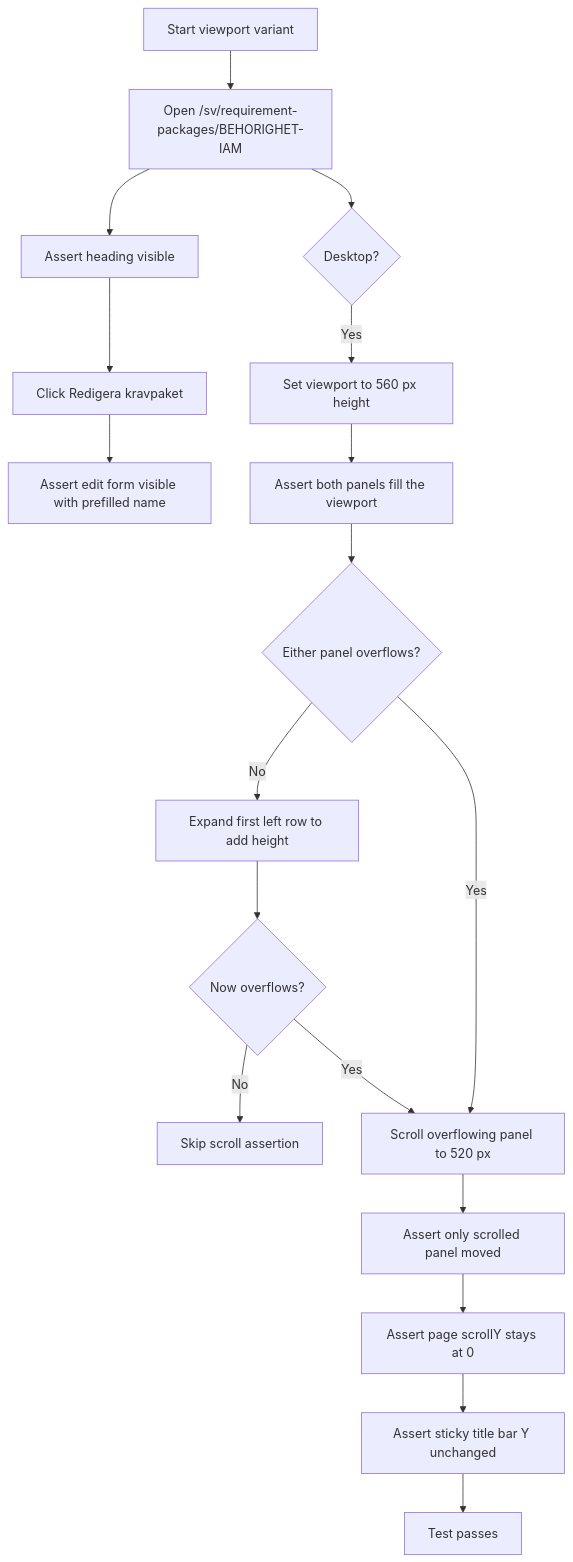
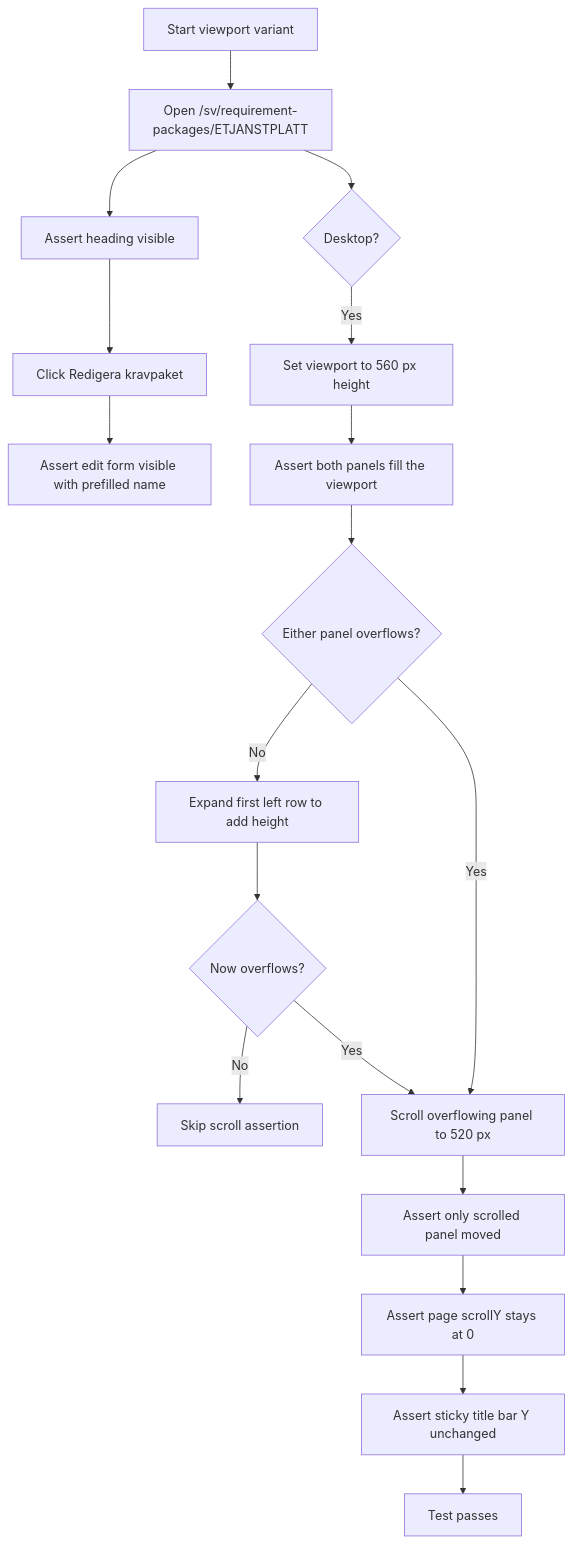
The first of 4 diagrams in tests/integration/requirement-package-detail.md (viscalyx/Kravhantering), drawn with Mermaid before and after one commit. The commit also changed other lines of this file and 20 other files, not shown here.

````diff
--- a/tests/integration/requirement-package-detail.md
+++ b/tests/integration/requirement-package-detail.md
@@ -26,20 +26,20 @@
 ```mermaid
 flowchart TD
-    A[Start viewport variant] --> B[Open /sv/requirement-packages/BEHORIGHET-IAM]
+    A[Start viewport variant] --> B[Open /sv/requirement-packages/ETJANSTPLATT]
     B --> C[Assert heading visible]
     C --> D[Click Redigera kravpaket]
     D --> E[Assert edit form visible with prefilled name]
     B --> F{Desktop?}
     F -- Yes --> G[Set viewport to 560 px height]
     G --> H[Assert both panels fill the viewport]
     H --> I{Either panel overflows?}
     I -- No --> J[Expand first left row to add height]
     J --> K{Now overflows?}
     K -- No --> L[Skip scroll assertion]
     K -- Yes --> M[Scroll overflowing panel to 520 px]
     I -- Yes --> M
     M --> N[Assert only scrolled panel moved]
     N --> O[Assert page scrollY stays at 0]
     O --> P[Assert sticky title bar Y unchanged]
     P --> Q[Test passes]
 ```
````
